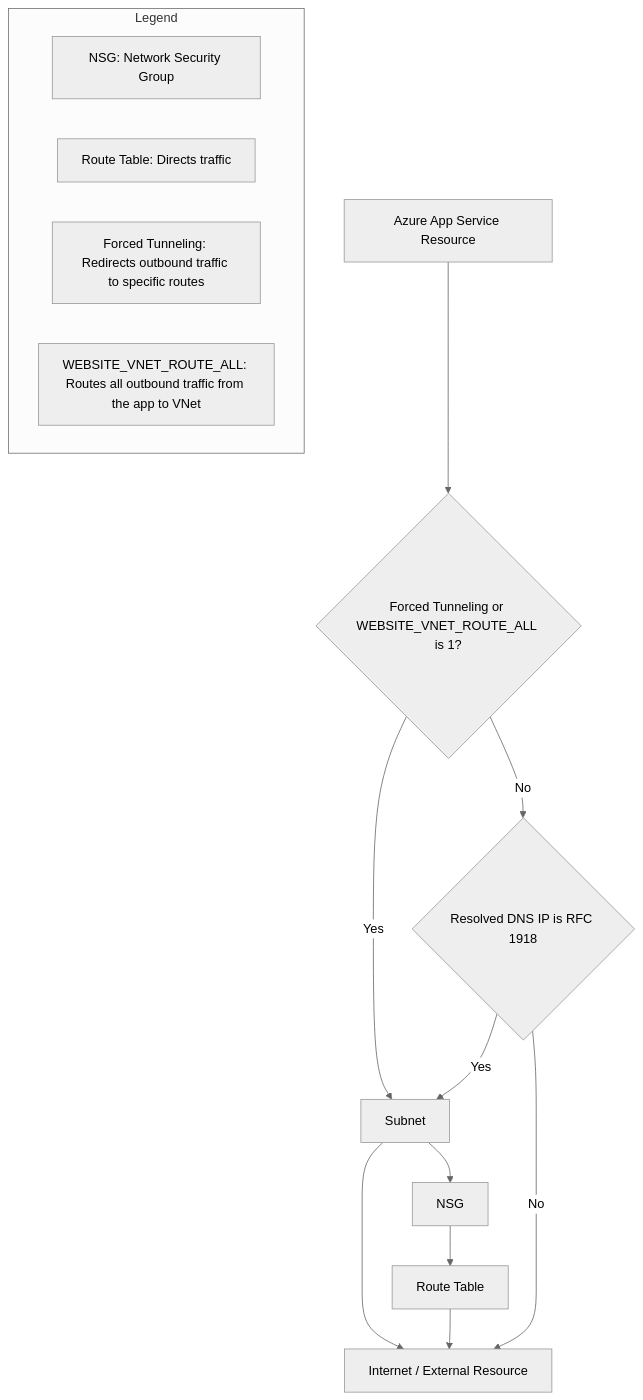
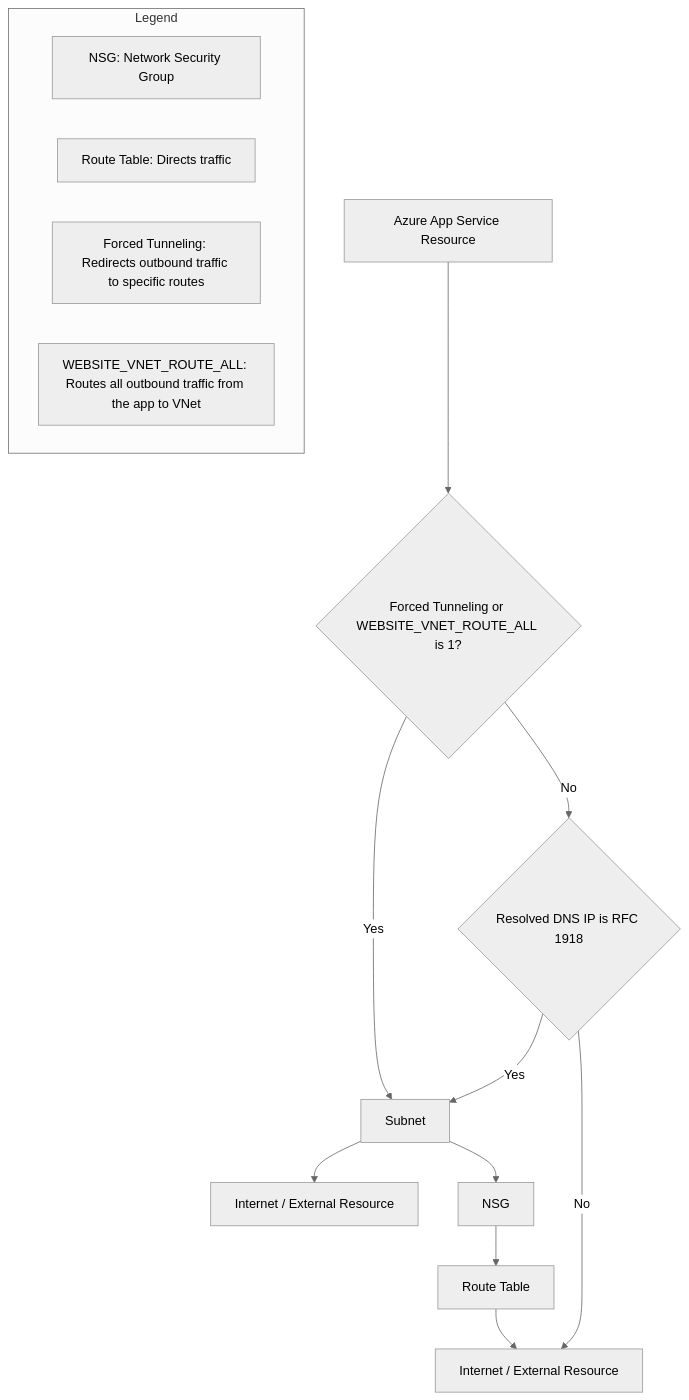
Before and after one commit to matt5689/AzureDeployTest: the diagram in README.md, drawn with Mermaid (neutral theme).

````diff
--- a/README.md
+++ b/README.md
@@ -6,19 +6,19 @@
 ```mermaid
 graph TD
     A[Azure App Service Resource] --> F{Forced Tunneling or WEBSITE_VNET_ROUTE_ALL is 1?}
     F -- Yes --> B[Subnet]
     F -- No --> G{Resolved DNS IP is RFC 1918}
-    G -- Yes --> B[Subnet]--> E[Internet / External Resource]
+    G -- Yes --> B[Subnet]--> H[Internet / External Resource]
     G -- No --> E[Internet Not Through Subnet]
     B --> C[NSG]
     C --> D[Route Table]
     D --> E[Internet / External Resource]
 
     %% Legend
     subgraph Legend
         L1[NSG: Network Security Group]
         L2[Route Table: Directs traffic]
         L3[Forced Tunneling: Redirects outbound traffic to specific routes]
         L4[WEBSITE_VNET_ROUTE_ALL: Routes all outbound traffic from the app to VNet]
     end
 ```
````
